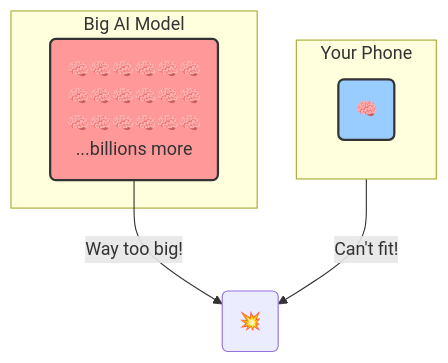
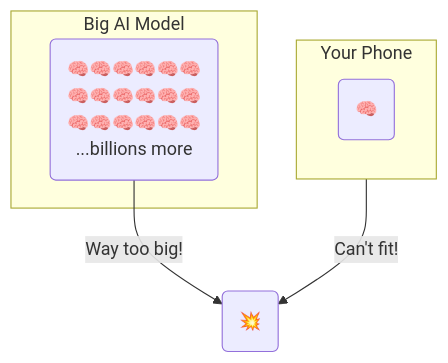
Before and after one commit to isaaclins/isaaclins.github.io: the first of 8 diagrams in content/blog/ai-models-for-your-toaster.md, drawn with Mermaid. The commit also changed 2 other files, not shown here.

Commit message:
style: Center align Mermaid diagrams and remove unused styles in blog posts

````diff
--- a/content/blog/ai-models-for-your-toaster.md
+++ b/content/blog/ai-models-for-your-toaster.md
@@ -26,14 +26,12 @@
 ```mermaid
 graph TD
     subgraph "Your Phone"
         direction LR
         C(🧠)
     end
     subgraph "Big AI Model"
         A(🧠🧠🧠🧠🧠🧠<br/>🧠🧠🧠🧠🧠🧠<br/>🧠🧠🧠🧠🧠🧠<br/>...billions more)
     end
     A -- "Way too big!" --> B(💥)
     C -- "Can't fit!" --> B
-    style A fill:#ff9999,stroke:#333,stroke-width:2px
-    style C fill:#99ccff,stroke:#333,stroke-width:2px
 ```
````
